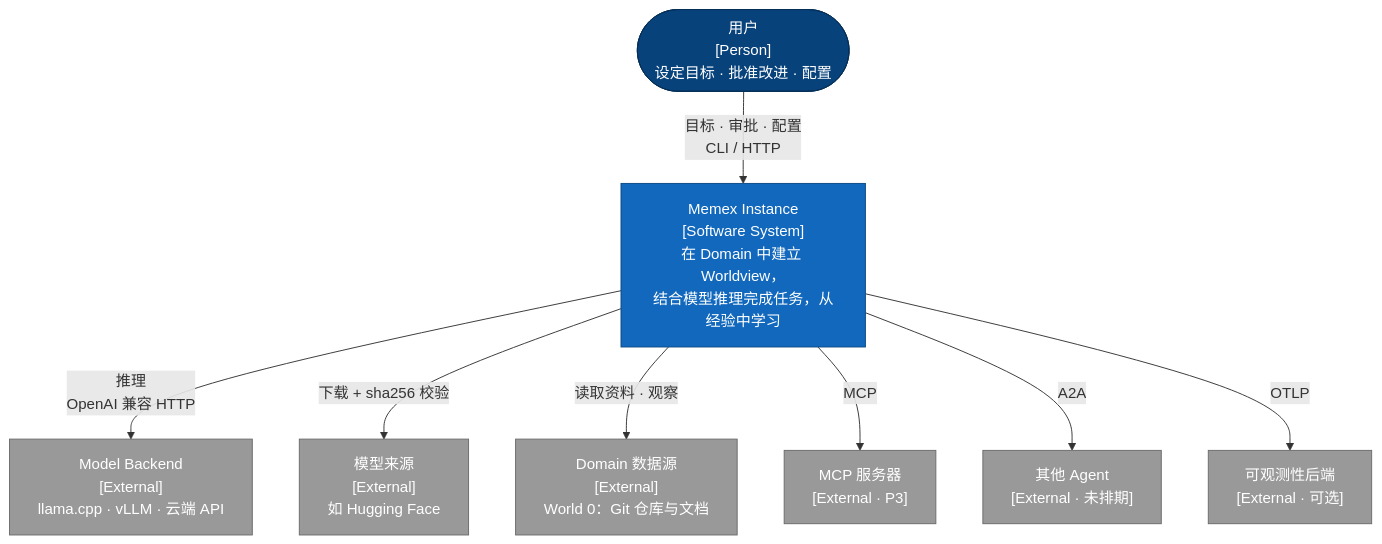
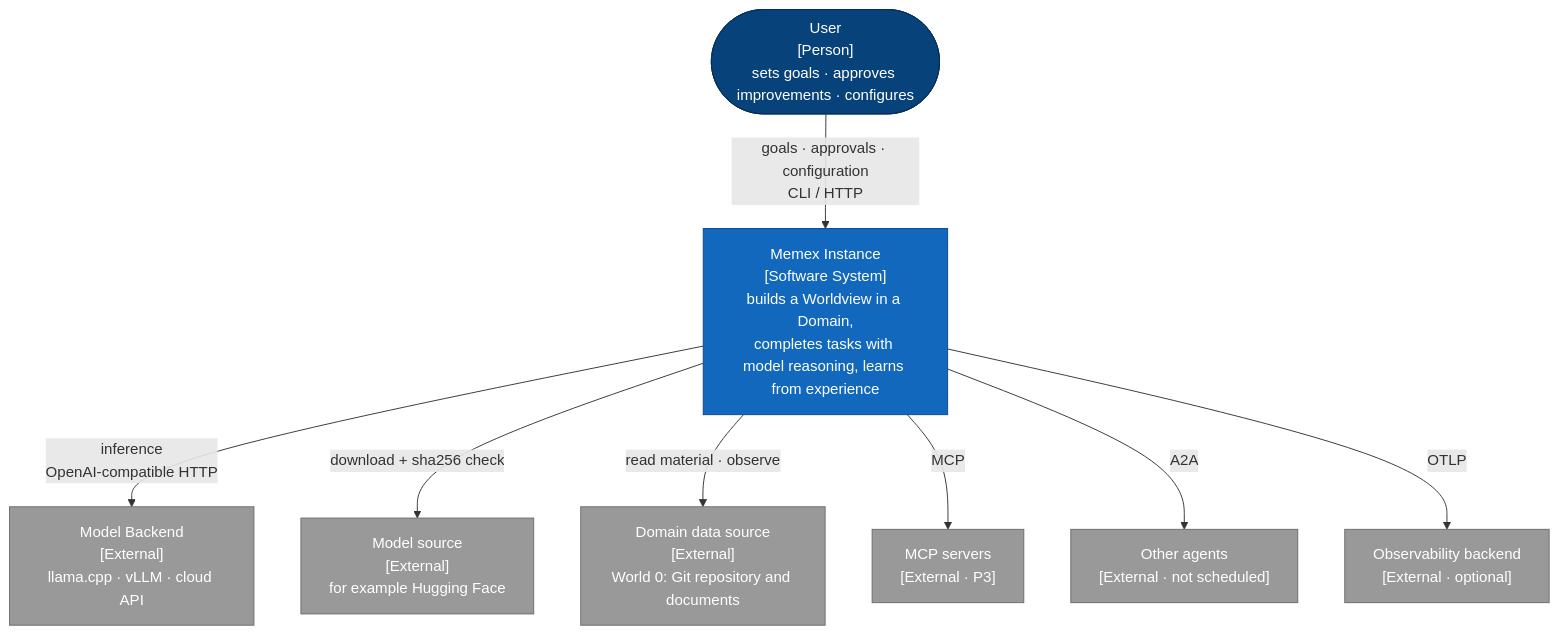
Before and after one commit to ClydeShen/memex: the first of 4 diagrams in factory/design/architecture/c4.md, drawn with Mermaid. The commit also changed other lines of this file and 4 other files, not shown here.

````diff
--- a/factory/design/architecture/c4.md
+++ b/factory/design/architecture/c4.md
@@ -15,26 +15,26 @@
 ```mermaid
 flowchart TB
-  user(["用户<br/>[Person]<br/>设定目标 · 批准改进 · 配置"])
-  memex["Memex Instance<br/>[Software System]<br/>在 Domain 中建立 Worldview，<br/>结合模型推理完成任务，从经验中学习"]
-  backend["Model Backend<br/>[External]<br/>llama.cpp · vLLM · 云端 API"]
-  modelsrc["模型来源<br/>[External]<br/>如 Hugging Face"]
-  domain["Domain 数据源<br/>[External]<br/>World 0：Git 仓库与文档"]
-  mcp["MCP 服务器<br/>[External · P3]"]
-  agents["其他 Agent<br/>[External · 未排期]"]
-  otel["可观测性后端<br/>[External · 可选]"]
+  user(["User<br/>[Person]<br/>sets goals · approves improvements · configures"])
+  memex["Memex Instance<br/>[Software System]<br/>builds a Worldview in a Domain,<br/>completes tasks with model reasoning, learns from experience"]
+  backend["Model Backend<br/>[External]<br/>llama.cpp · vLLM · cloud API"]
+  modelsrc["Model source<br/>[External]<br/>for example Hugging Face"]
+  domain["Domain data source<br/>[External]<br/>World 0: Git repository and documents"]
+  mcp["MCP servers<br/>[External · P3]"]
+  agents["Other agents<br/>[External · not scheduled]"]
+  otel["Observability backend<br/>[External · optional]"]
 
-  user -->|"目标 · 审批 · 配置<br/>CLI / HTTP"| memex
-  memex -->|"推理<br/>OpenAI 兼容 HTTP"| backend
-  memex -->|"下载 + sha256 校验"| modelsrc
-  memex -->|"读取资料 · 观察"| domain
+  user -->|"goals · approvals · configuration<br/>CLI / HTTP"| memex
+  memex -->|"inference<br/>OpenAI-compatible HTTP"| backend
+  memex -->|"download + sha256 check"| modelsrc
+  memex -->|"read material · observe"| domain
   memex -->|MCP| mcp
   memex -->|A2A| agents
   memex -->|OTLP| otel
 
   classDef person fill:#08427b,color:#fff,stroke:#052e56
   classDef system fill:#1168bd,color:#fff,stroke:#0b4884
   classDef ext fill:#999,color:#fff,stroke:#6b6b6b
   class user person
   class memex system
   class backend,modelsrc,domain,mcp,agents,otel ext
 ```
````
